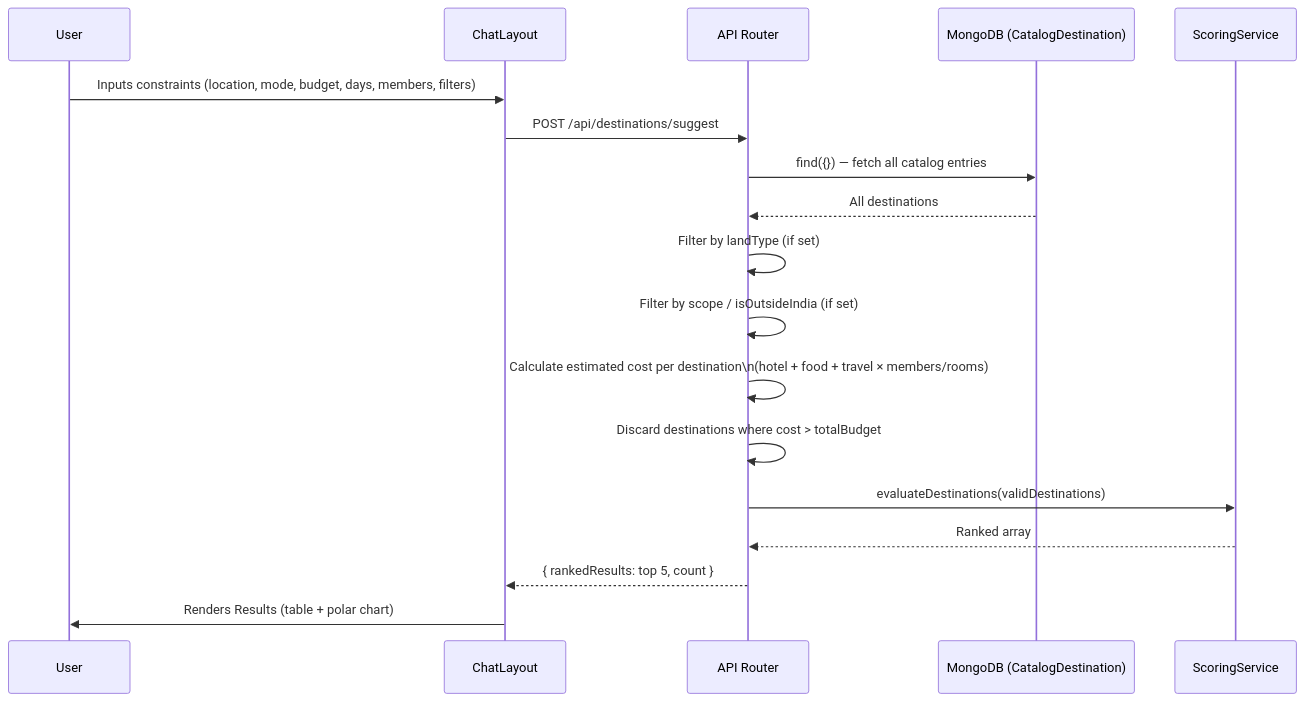
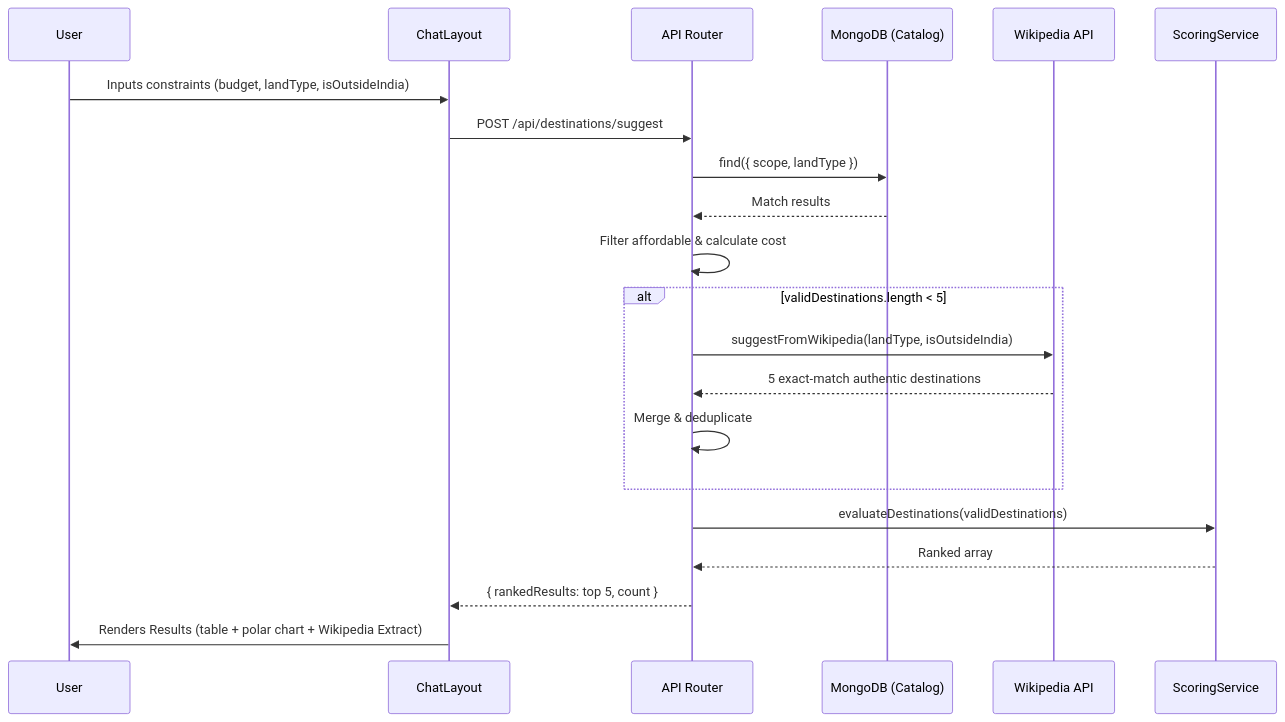
One commit to shafeek32/decision-companion-system changed the third of 5 diagrams in ARCHITECTURE.md. Above: the diagram before and after it, drawn with Mermaid. The commit also changed other lines of this file and 1 other file, not shown here.

Commit message:
docs: update BUILD_PROCESS

````diff
--- a/ARCHITECTURE.md
+++ b/ARCHITECTURE.md
@@ -85,21 +85,26 @@
 ```mermaid
 sequenceDiagram
     participant User
     participant ChatLayout
     participant APIRouter as API Router
-    participant Catalog as MongoDB (CatalogDestination)
+    participant Catalog as MongoDB (Catalog)
+    participant Wiki as Wikipedia API
     participant ScoringService
 
-    User->>ChatLayout: Inputs constraints (location, mode, budget, days, members, filters)
+    User->>ChatLayout: Inputs constraints (budget, landType, isOutsideIndia)
     ChatLayout->>APIRouter: POST /api/destinations/suggest
-    APIRouter->>Catalog: find({}) — fetch all catalog entries
-    Catalog-->>APIRouter: All destinations
-    APIRouter->>APIRouter: Filter by landType (if set)
-    APIRouter->>APIRouter: Filter by scope / isOutsideIndia (if set)
-    APIRouter->>APIRouter: Calculate estimated cost per destination\n(hotel + food + travel × members/rooms)
-    APIRouter->>APIRouter: Discard destinations where cost > totalBudget
+    APIRouter->>Catalog: find({ scope, landType })
+    Catalog-->>APIRouter: Match results
+    APIRouter->>APIRouter: Filter affordable & calculate cost
+    
+    alt validDestinations.length < 5
+        APIRouter->>Wiki: suggestFromWikipedia(landType, isOutsideIndia)
+        Wiki-->>APIRouter: 5 exact-match authentic destinations
+        APIRouter->>APIRouter: Merge & deduplicate
+    end
+
     APIRouter->>ScoringService: evaluateDestinations(validDestinations)
     ScoringService-->>APIRouter: Ranked array
     APIRouter-->>ChatLayout: { rankedResults: top 5, count }
-    ChatLayout->>User: Renders Results (table + polar chart)
+    ChatLayout->>User: Renders Results (table + polar chart + Wikipedia Extract)
 ```
````
